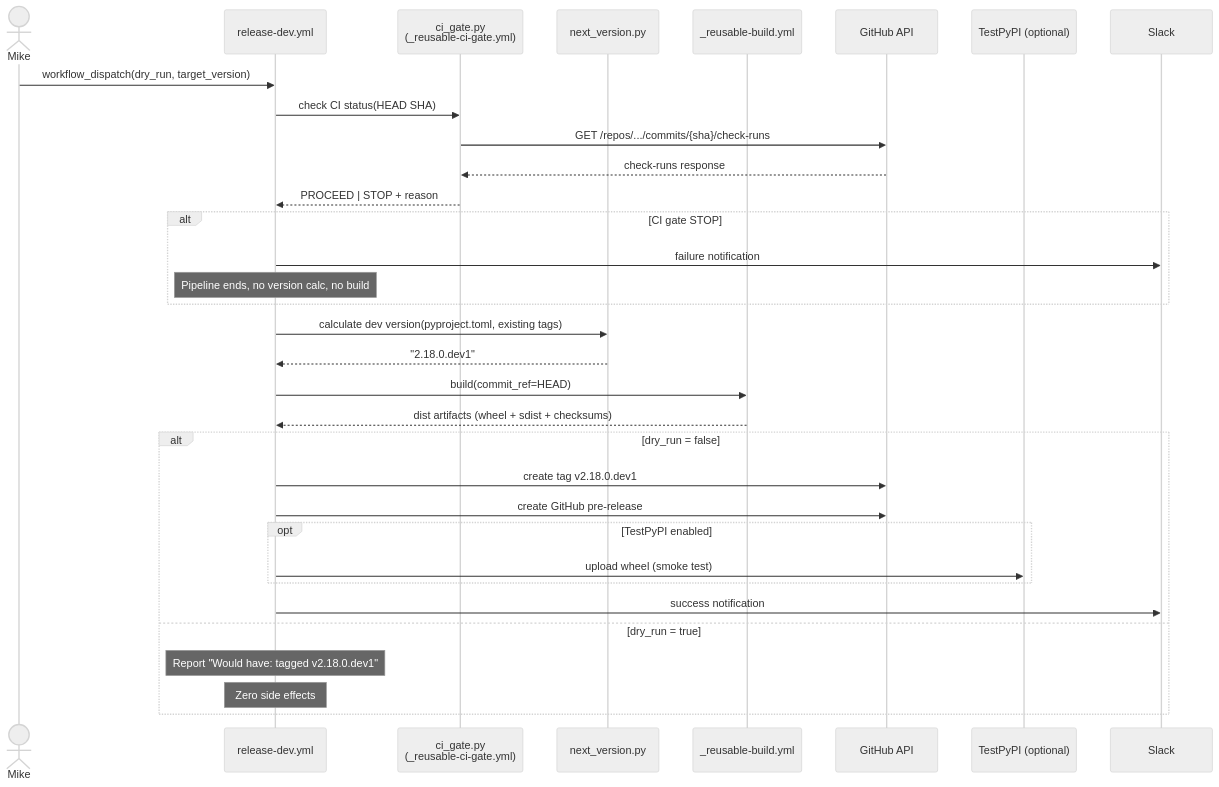
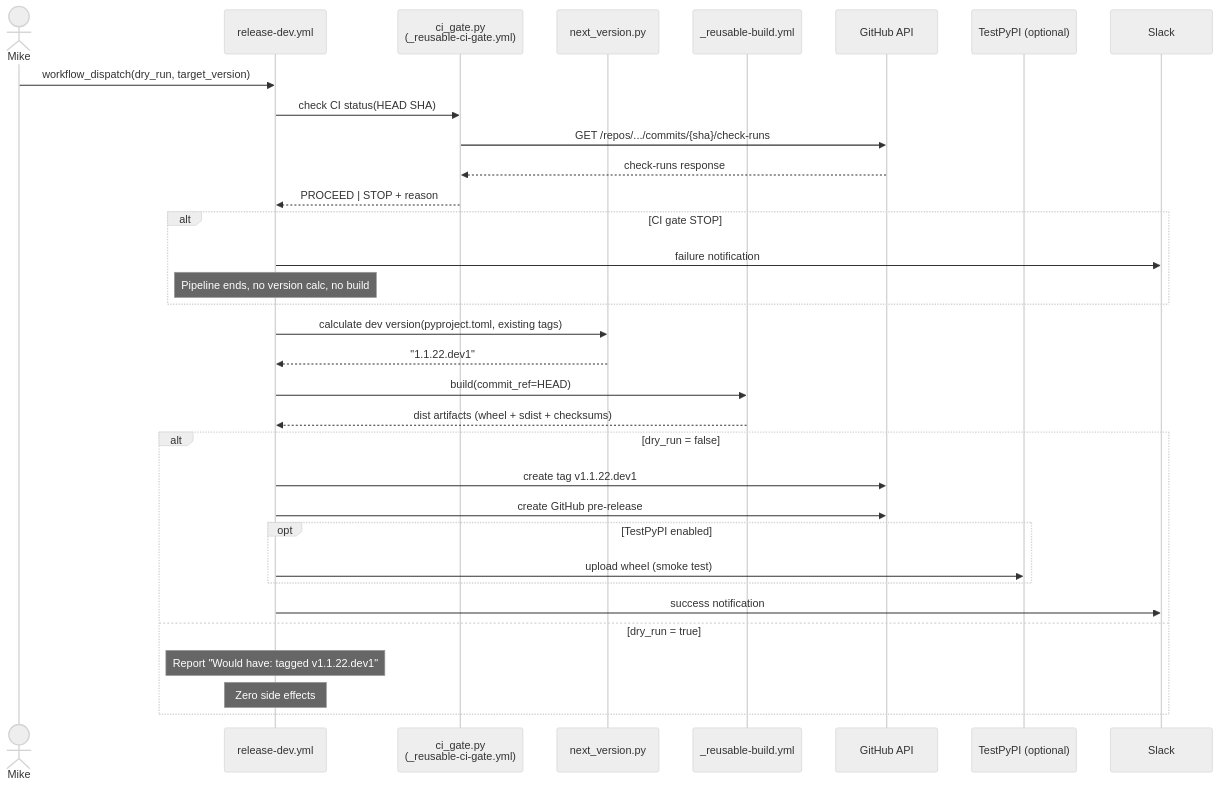
One commit to nWave-ai/nWave-experimental changed the third of 5 diagrams in docs/features/release-train-revamp/02-design/architecture.md. Above: the diagram before and after it, drawn with Mermaid (neutral theme). The commit also changed other lines of this file and 18 other files, not shown here.

````diff
--- a/docs/features/release-train-revamp/02-design/architecture.md
+++ b/docs/features/release-train-revamp/02-design/architecture.md
@@ -221,41 +221,41 @@
 ```mermaid
 sequenceDiagram
     actor Mike
     participant WD as release-dev.yml
     participant CIG as ci_gate.py<br/>(_reusable-ci-gate.yml)
     participant VER as next_version.py
     participant BLD as _reusable-build.yml
     participant GH as GitHub API
     participant TPYPI as TestPyPI (optional)
     participant SLK as Slack
 
     Mike->>WD: workflow_dispatch(dry_run, target_version)
 
     WD->>CIG: check CI status(HEAD SHA)
     CIG->>GH: GET /repos/.../commits/{sha}/check-runs
     GH-->>CIG: check-runs response
     CIG-->>WD: PROCEED | STOP + reason
 
     alt CI gate STOP
         WD->>SLK: failure notification
         Note over WD: Pipeline ends, no version calc, no build
     end
 
     WD->>VER: calculate dev version(pyproject.toml, existing tags)
-    VER-->>WD: "2.18.0.dev1"
+    VER-->>WD: "1.1.22.dev1"
 
     WD->>BLD: build(commit_ref=HEAD)
     BLD-->>WD: dist artifacts (wheel + sdist + checksums)
 
     alt dry_run = false
-        WD->>GH: create tag v2.18.0.dev1
+        WD->>GH: create tag v1.1.22.dev1
         WD->>GH: create GitHub pre-release
         opt TestPyPI enabled
             WD->>TPYPI: upload wheel (smoke test)
         end
         WD->>SLK: success notification
     else dry_run = true
-        Note over WD: Report "Would have: tagged v2.18.0.dev1"
+        Note over WD: Report "Would have: tagged v1.1.22.dev1"
         Note over WD: Zero side effects
     end
 ```
````
